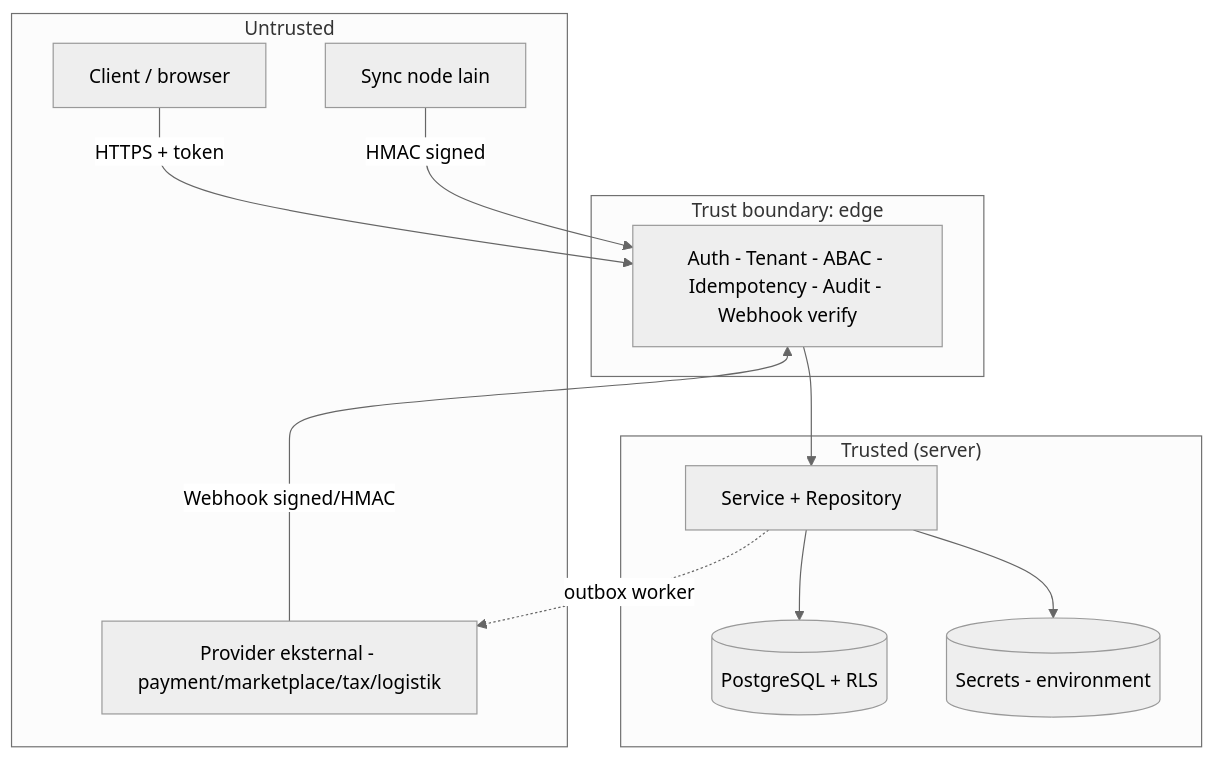
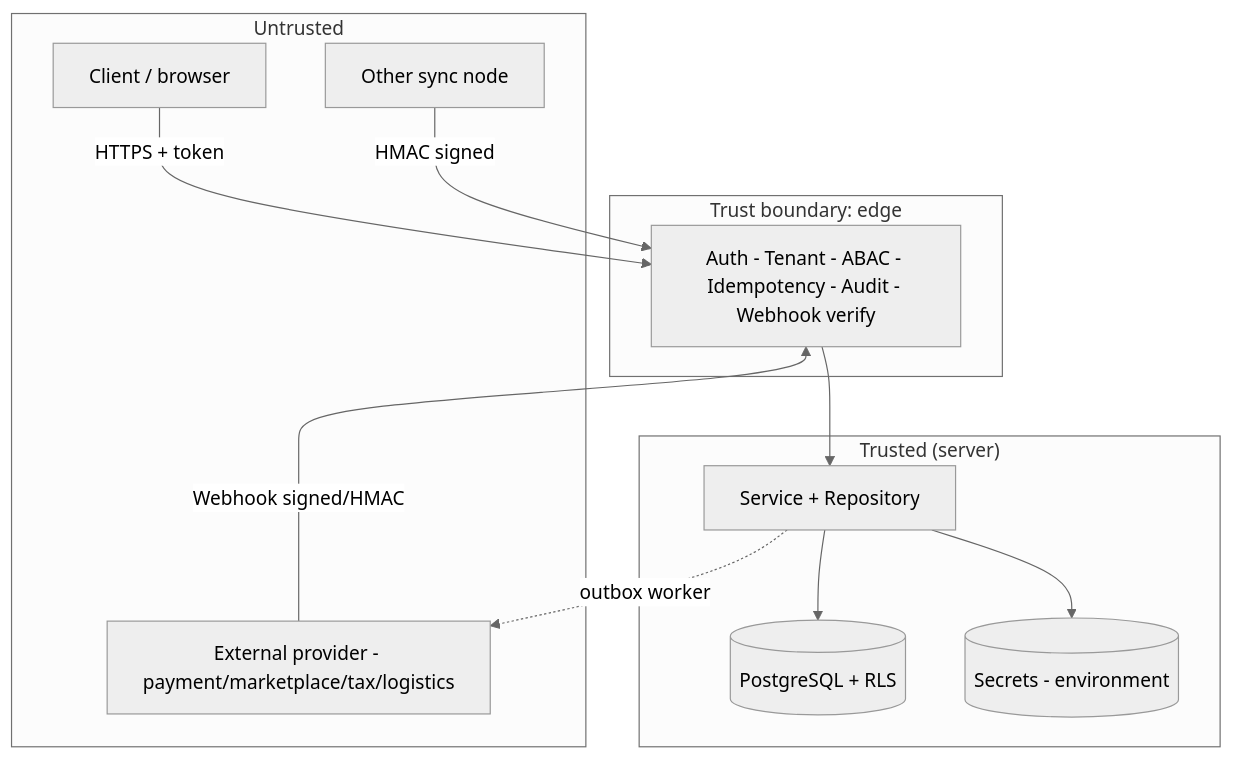
The first of 2 diagrams in docs/awcms/20_threat_model_security_architecture.md (ahliweb/awcms), drawn with Mermaid (neutral theme) before and after one commit. The commit also changed other lines of this file and 603 other files, not shown here.

````diff
--- a/docs/awcms/20_threat_model_security_architecture.md
+++ b/docs/awcms/20_threat_model_security_architecture.md
@@ -46,22 +48,22 @@
 ```mermaid
 flowchart TB
   subgraph Untrusted["Untrusted"]
     C[Client / browser]
-    EXT[Provider eksternal - payment/marketplace/tax/logistik]
-    NODE[Sync node lain]
+    EXT[External provider - payment/marketplace/tax/logistics]
+    NODE[Other sync node]
   end
   subgraph Edge["Trust boundary: edge"]
     MW[Auth - Tenant - ABAC - Idempotency - Audit - Webhook verify]
   end
   subgraph Trusted["Trusted (server)"]
     SVC[Service + Repository]
     DB[(PostgreSQL + RLS)]
     SEC[(Secrets - environment)]
   end
   C -->|HTTPS + token| MW
   EXT -->|Webhook signed/HMAC| MW
   NODE -->|HMAC signed| MW
   MW --> SVC --> DB
   SVC -. outbox worker .-> EXT
   SVC --> SEC
 ```
````
